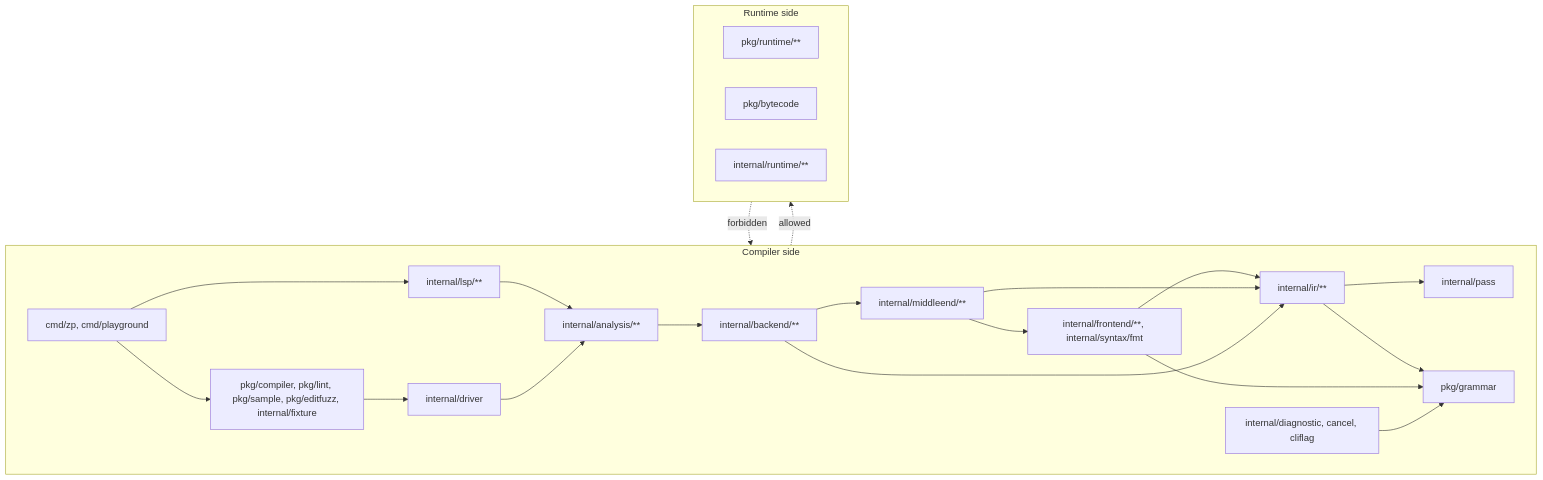
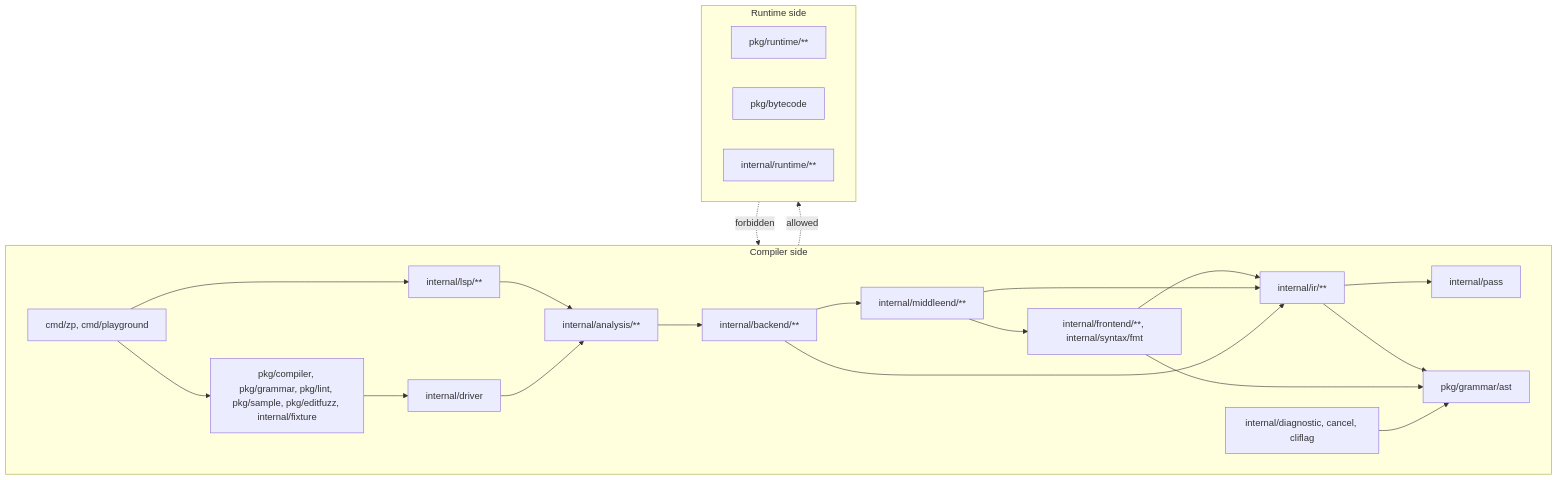
Before and after one commit to syntaxir/syntaxir: the diagram in docs/design/layering.md, drawn with Mermaid. The commit also changed other lines of this file and 14 other files, not shown here.

First line of the commit message:
State the grammar AST layer at pkg/grammar/ast

````diff
--- a/docs/design/layering.md
+++ b/docs/design/layering.md
@@ -18,32 +18,32 @@
 ```mermaid
 flowchart TD
   subgraph C["Compiler side"]
     cmd["cmd/zp, cmd/playground"]
-    pub["pkg/compiler, pkg/lint, pkg/sample, pkg/editfuzz, internal/fixture"]
+    pub["pkg/compiler, pkg/grammar, pkg/lint, pkg/sample, pkg/editfuzz, internal/fixture"]
     lsp["internal/lsp/**"]
     driver["internal/driver"]
     analysis["internal/analysis/**"]
     backend["internal/backend/**"]
     middle["internal/middleend/**"]
     front["internal/frontend/**, internal/syntax/fmt"]
     ir["internal/ir/**"]
     pass["internal/pass"]
-    gram["pkg/grammar"]
+    gram["pkg/grammar/ast"]
     util["internal/diagnostic, cancel, cliflag"]
   end
   subgraph R["Runtime side"]
     rt["pkg/runtime/**"]
     bc["pkg/bytecode"]
     irt["internal/runtime/**"]
   end
   cmd --> pub --> driver
   cmd --> lsp --> analysis
   driver --> analysis --> backend --> middle --> front --> ir --> pass
   middle --> ir
   backend --> ir
   ir --> gram
   front --> gram
   util --> gram
   C -.->|allowed| R
   R -.->|forbidden| C
 ```
````
